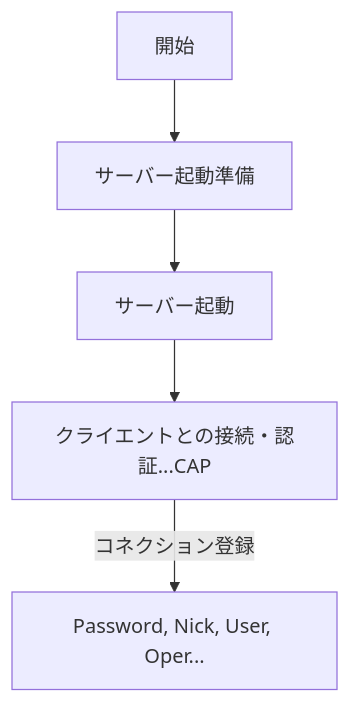
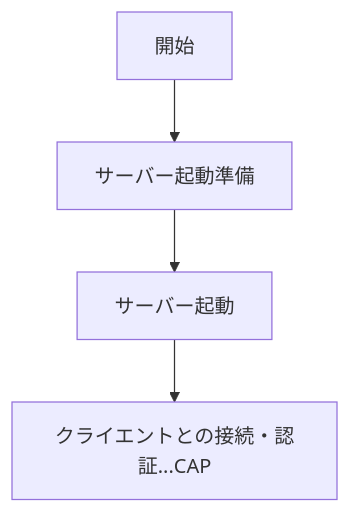
One commit to sora-grayscale/ft_irc changed the first of 3 diagrams in flowchart_01_overview.md. Above: the diagram before and after it, drawn with Mermaid.

````diff
--- a/flowchart_01_overview.md
+++ b/flowchart_01_overview.md
@@ -3,7 +3,6 @@
 ```mermaid
 flowchart TD
     A[開始] --> B[サーバー起動準備]
     B --> C[サーバー起動]
     C --> D[クライエントとの接続・認証...CAP]
-    D -- コネクション登録 --> E[Password, Nick, User, Oper...]
 ```
````
